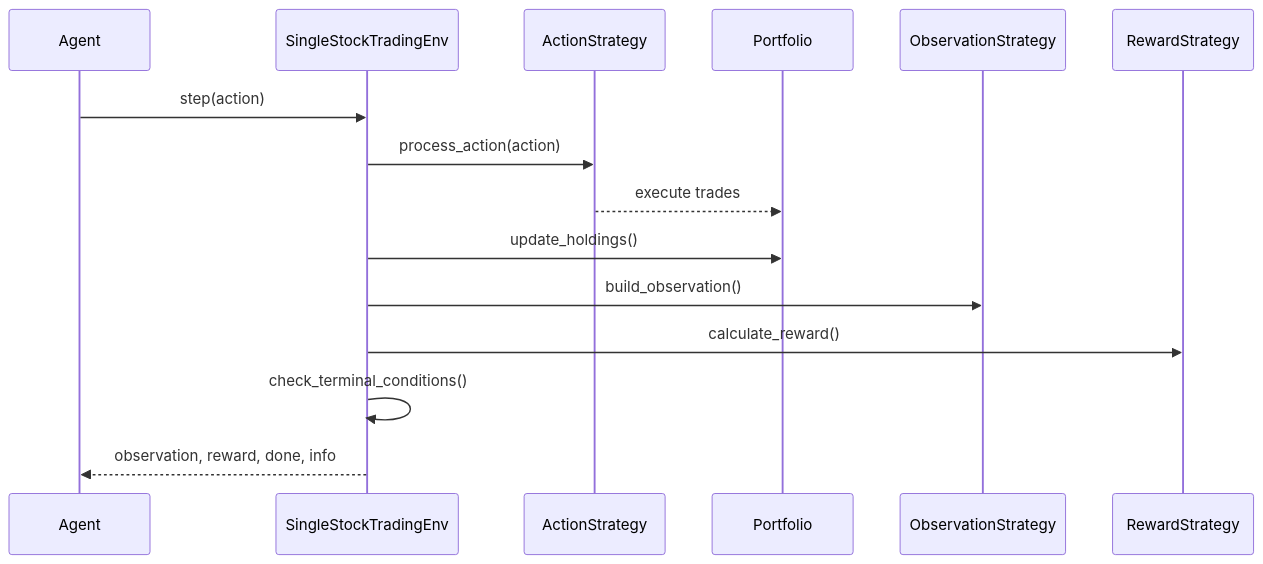
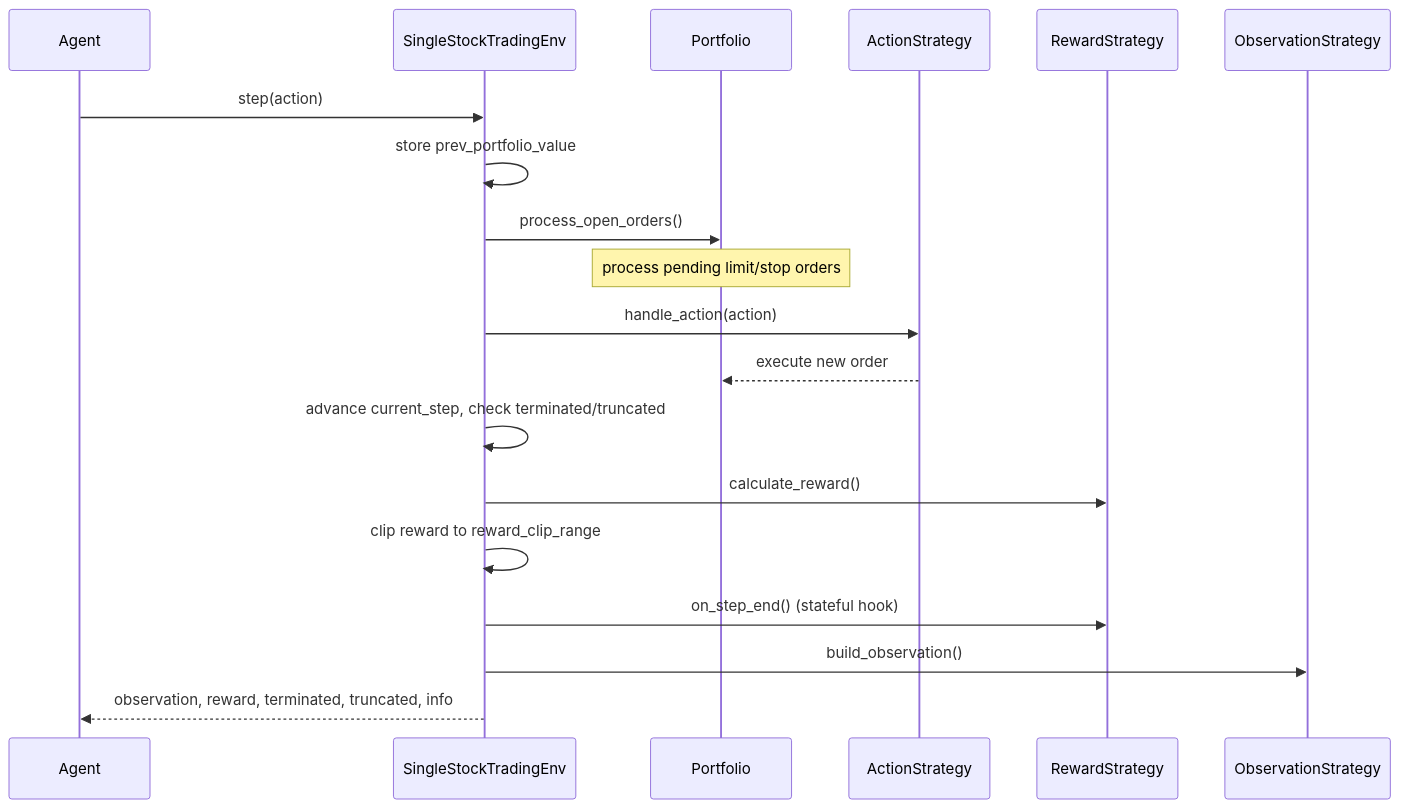
The second of 2 diagrams in docs/user-guide/overview.md (edu-ai/QuantRL-Lab), drawn with Mermaid before and after one commit. The commit also changed other lines of this file and 19 other files, not shown here.

````diff
--- a/docs/user-guide/overview.md
+++ b/docs/user-guide/overview.md
@@ -81,18 +82,22 @@
 ```mermaid
 sequenceDiagram
     participant Agent
     participant Env as SingleStockTradingEnv
+    participant Port as Portfolio
     participant Act as ActionStrategy
-    participant Port as Portfolio
+    participant Rew as RewardStrategy
     participant Obs as ObservationStrategy
-    participant Rew as RewardStrategy
 
     Agent->>Env: step(action)
-    Env->>Act: process_action(action)
-    Act-->>Port: execute trades
-    Env->>Port: update_holdings()
+    Env->>Env: store prev_portfolio_value
+    Env->>Port: process_open_orders()
+    Note over Port: process pending limit/stop orders
+    Env->>Act: handle_action(action)
+    Act-->>Port: execute new order
+    Env->>Env: advance current_step, check terminated/truncated
+    Env->>Rew: calculate_reward()
+    Env->>Env: clip reward to reward_clip_range
+    Env->>Rew: on_step_end() (stateful hook)
     Env->>Obs: build_observation()
-    Env->>Rew: calculate_reward()
-    Env->>Env: check_terminal_conditions()
-    Env-->>Agent: observation, reward, done, info
+    Env-->>Agent: observation, reward, terminated, truncated, info
 ```
````
